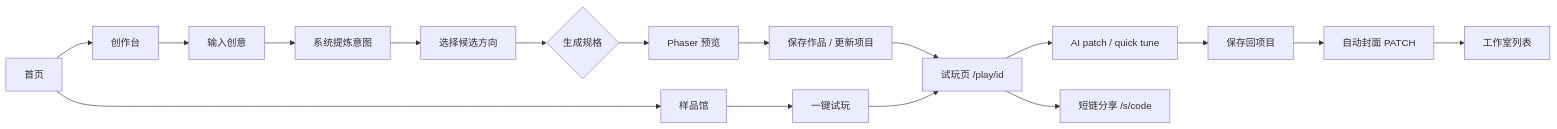
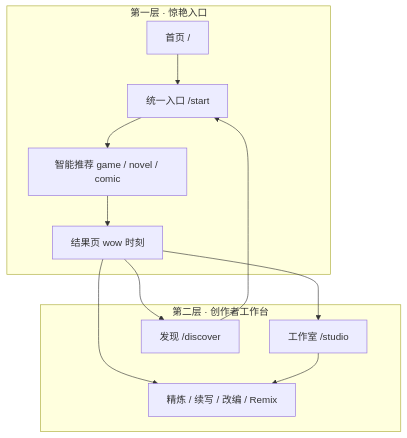
The first of 2 diagrams in README.md (gaogg521/1one-game), drawn with Mermaid before and after one commit. The commit also changed other lines of this file and 405 other files, not shown here.

````diff
--- a/README.md
+++ b/README.md
@@ -130,19 +249,15 @@
 ```mermaid
-flowchart LR
-  A[首页] --> B[创作台]
-  B --> B1[输入创意]
-  B1 --> B2[系统提炼意图]
-  B2 --> B3[选择候选方向]
-  B3 --> C{生成规格}
-  C --> D[Phaser 预览]
-  D --> E[保存作品 / 更新项目]
-  E --> F[试玩页 /play/id]
-  F --> G[AI patch / quick tune]
-  G --> H[保存回项目]
-  H --> I[自动封面 PATCH]
-  I --> J[工作室列表]
-  F --> K[短链分享 /s/code]
-  A --> L[样品馆]
-  L --> M[一键试玩]
-  M --> F
+flowchart TD
+  subgraph Layer1 [第一层 · 惊艳入口]
+    H[首页 /] --> S[统一入口 /start]
+    S --> M[智能推荐 game / novel / comic]
+    M --> R[结果页 wow 时刻]
+  end
+  subgraph Layer2 [第二层 · 创作者工作台]
+    R --> ST[工作室 /studio]
+    R --> D[发现 /discover]
+    R --> ADV[精炼 / 续写 / 改编 / Remix]
+    ST --> ADV
+    D --> S
+  end
 ```
````
